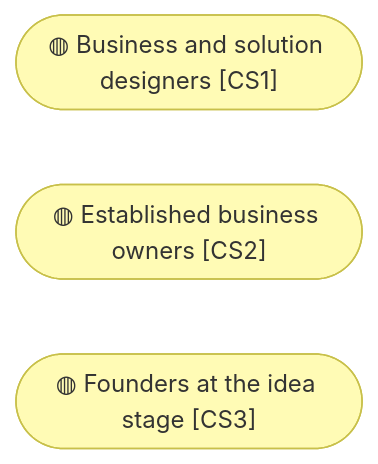
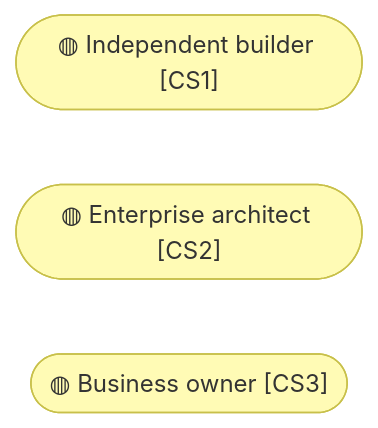
Before and after one commit to roanboc/architecture-archreator: the second of 2 diagrams in org-archreator/architecture/0_business-design/1_value-proposition-canvas.md, drawn with Mermaid. The commit also changed other lines of this file and 137 other files, not shown here.

````diff
--- a/org-archreator/architecture/0_business-design/1_value-proposition-canvas.md
+++ b/org-archreator/architecture/0_business-design/1_value-proposition-canvas.md
@@ -58,8 +61,8 @@
 ```mermaid
 flowchart LR
-  cs1(["◍ Business and solution designers [CS1]"]):::segment
-  cs2(["◍ Established business owners [CS2]"]):::segment
-  cs3(["◍ Founders at the idea stage [CS3]"]):::segment
+  cs1(["◍ Independent builder [CS1]"]):::segment
+  cs2(["◍ Enterprise architect [CS2]"]):::segment
+  cs3(["◍ Business owner [CS3]"]):::segment
 
   classDef segment fill:#fffbb5,stroke:#c8c04a,color:#333
 ```
````
